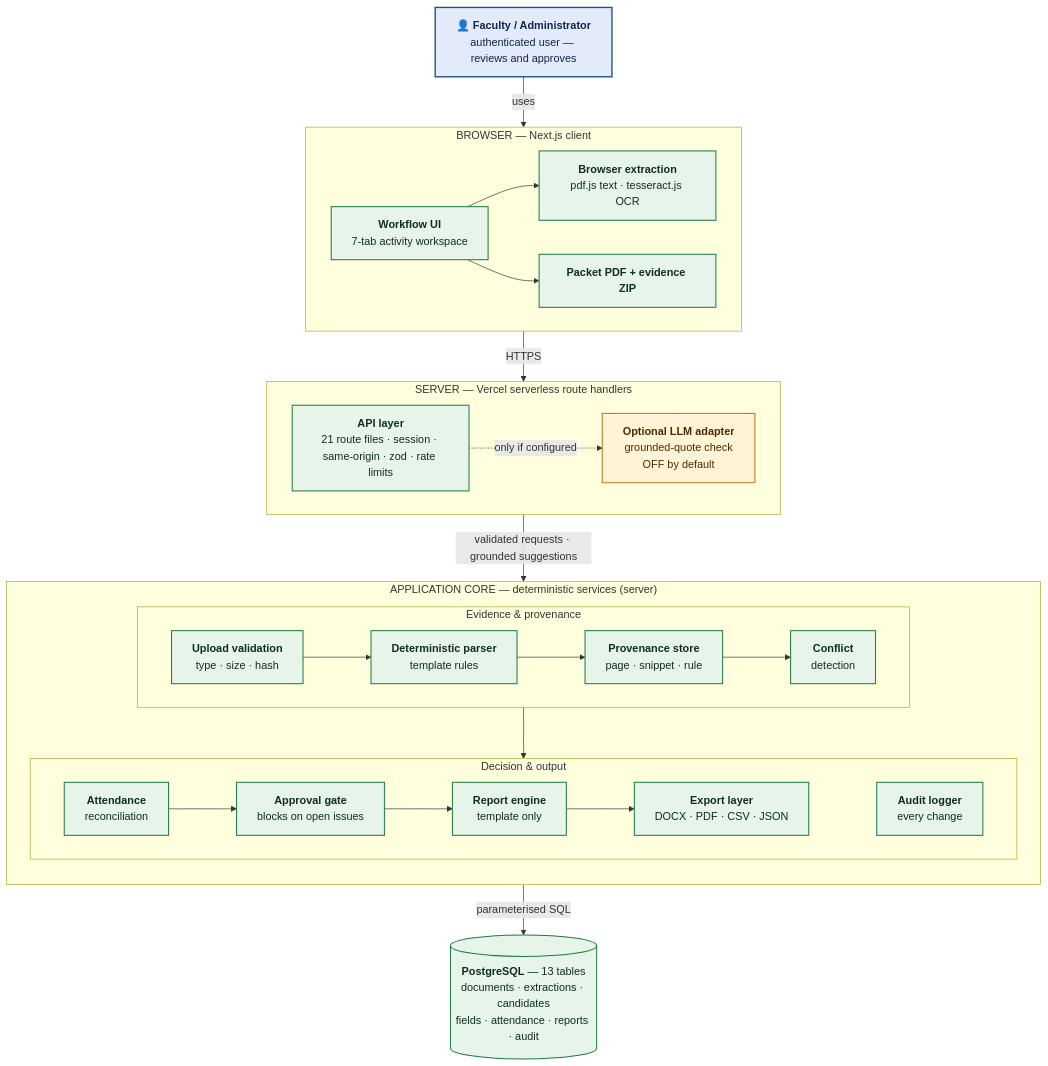
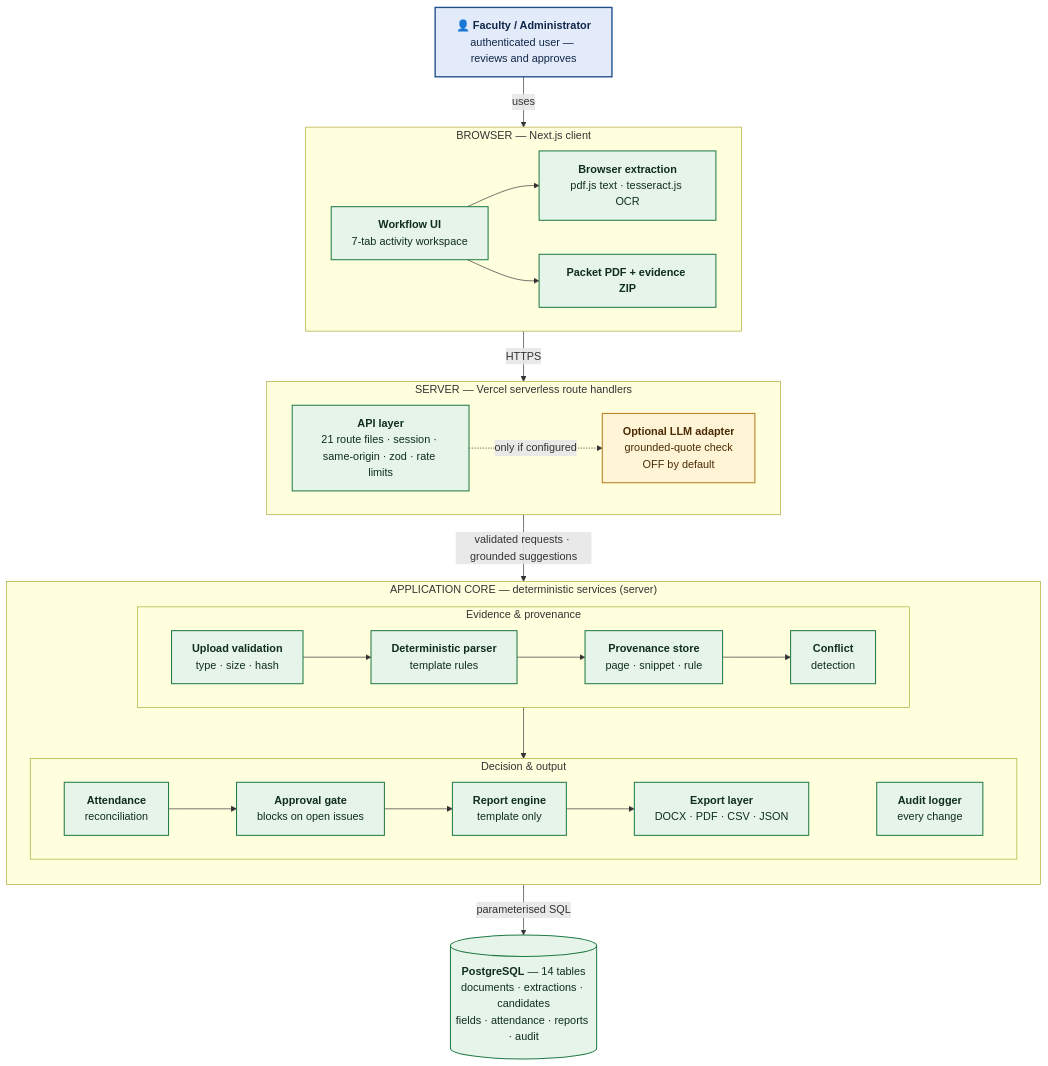
Before and after one commit to pgp41370-coder/college-operations-copilot: the diagram in docs/architecture/system-architecture.mmd, drawn with Mermaid. The commit also changed 33 other files, not shown here.

```diff
--- a/docs/architecture/system-architecture.mmd
+++ b/docs/architecture/system-architecture.mmd
@@ -1,56 +1,56 @@
 %% College Operations Copilot — system architecture (CURRENT IMPLEMENTATION)
 %% Legend (rendered beside the figure): green = implemented, amber = optional/off by default, blue = human control point.
 %% Derived from src/ at commit 7119b13. Solid arrows = request/data flow; dotted = optional path.
 flowchart TB
   USER["👤 <b>Faculty / Administrator</b><br/>authenticated user — reviews and approves"]:::human
 
   subgraph BROWSER["BROWSER — Next.js client"]
     direction LR
     UI["<b>Workflow UI</b><br/>7-tab activity workspace"]:::impl
     BX["<b>Browser extraction</b><br/>pdf.js text · tesseract.js OCR"]:::impl
     PK["<b>Packet PDF + evidence ZIP</b>"]:::impl
     UI --> BX
     UI --> PK
   end
 
   subgraph EDGE["SERVER — Vercel serverless route handlers"]
     direction LR
     API["<b>API layer</b><br/>21 route files · session · same-origin · zod · rate limits"]:::impl
     AI["<b>Optional LLM adapter</b><br/>grounded-quote check<br/>OFF by default"]:::opt
     API -. "only if configured" .-> AI
   end
 
   subgraph CORE["APPLICATION CORE — deterministic services (server)"]
     direction TB
     subgraph EVID["Evidence & provenance"]
       direction LR
       ING["<b>Upload validation</b><br/>type · size · hash"]:::impl
       PAR["<b>Deterministic parser</b><br/>template rules"]:::impl
       PROV["<b>Provenance store</b><br/>page · snippet · rule"]:::impl
       CON["<b>Conflict</b><br/>detection"]:::impl
       ING --> PAR --> PROV --> CON
     end
     subgraph DEC["Decision & output"]
       direction LR
       REC["<b>Attendance</b><br/>reconciliation"]:::impl
       GATE["<b>Approval gate</b><br/>blocks on open issues"]:::impl
       REP["<b>Report engine</b><br/>template only"]:::impl
       EXP["<b>Export layer</b><br/>DOCX · PDF · CSV · JSON"]:::impl
       AUD["<b>Audit logger</b><br/>every change"]:::impl
       REC --> GATE --> REP --> EXP
       EXP ~~~ AUD
     end
     EVID --> DEC
   end
 
-  DB[("<b>PostgreSQL</b> — 13 tables<br/>documents · extractions · candidates<br/>fields · attendance · reports · audit")]:::impl
+  DB[("<b>PostgreSQL</b> — 14 tables<br/>documents · extractions · candidates<br/>fields · attendance · reports · audit")]:::impl
 
   USER -- "uses" --> BROWSER
   BROWSER -- "HTTPS" --> EDGE
   EDGE -- "validated requests · grounded suggestions" --> CORE
   CORE -- "parameterised SQL" --> DB
 
   classDef impl fill:#e6f4ea,stroke:#1f7a45,stroke-width:1.5px,color:#0f2e1c
   classDef opt fill:#fff4d6,stroke:#b7791f,stroke-width:1.5px,color:#4a2c05
   classDef future fill:#f3f4f6,stroke:#6b7280,stroke-width:1.5px,stroke-dasharray:6 4,color:#374151
   classDef human fill:#e3ebfa,stroke:#1f4e8c,stroke-width:2px,color:#0f2649
```
